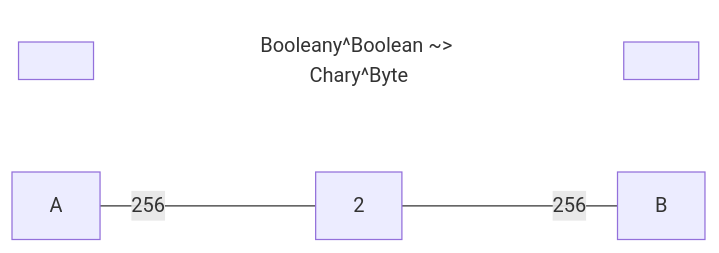
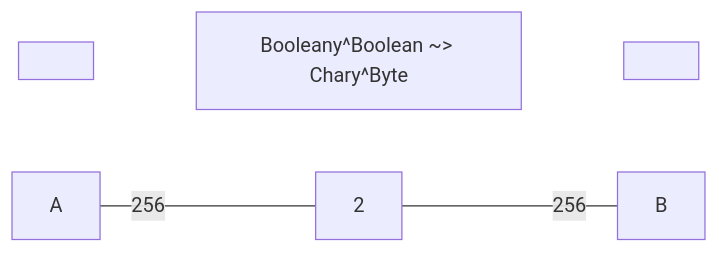
One commit to julianpeeters/polynomial changed the first of 3 diagrams in README.md. Above: the diagram before and after it, drawn with Mermaid. The commit also changed other lines of this file and 1 other file, not shown here.

Commit message:
Update README for github mermaid rendering

````diff
--- a/README.md
+++ b/README.md
@@ -103,9 +95,7 @@
 ```mermaid
 graph LR;
   TitleStart[ ]:::hidden~~~TitleBody[Booleany^Boolean ~> Chary^Byte]:::title~~~TitleEnd[ ]:::hidden
   A:::hidden---|256|S[2]---|256|B:::hidden;
 
-classDef empty fill:background;
-classDef point width:0px, height:0px;
-classDef title stroke-width:0px, fill:background;
+
 ```
````
